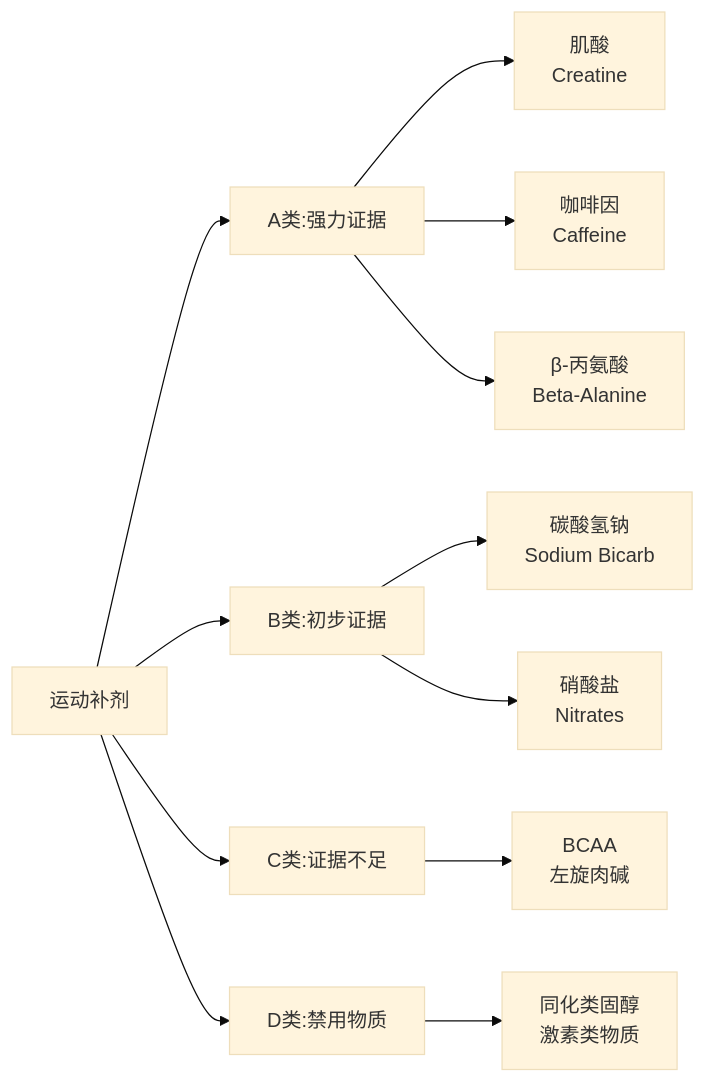
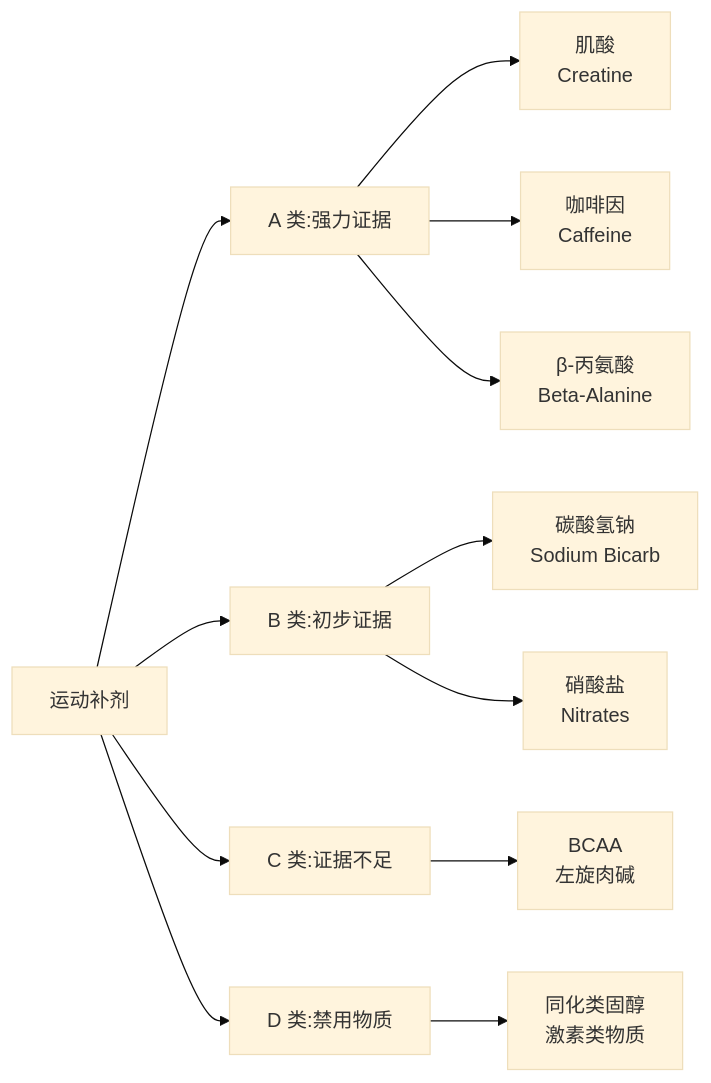
One commit to Tianshang301/TianshangKnowledgeBase changed the diagram in 12_SportsScience/SportsMedicine/SportsSupplements.md. Above: the diagram before and after it, drawn with Mermaid (base theme). The commit also changed other lines of this file and 2257 other files, not shown here.

````diff
--- a/12_SportsScience/SportsMedicine/SportsSupplements.md
+++ b/12_SportsScience/SportsMedicine/SportsSupplements.md
@@ -14,15 +16,15 @@
 ```mermaid
 graph LR
-    A[运动补剂] --> B[A类:强力证据]
-    A --> C[B类:初步证据]
-    A --> D[C类:证据不足]
-    A --> E[D类:禁用物质]
+    A[运动补剂] --> B[A 类:强力证据]
+    A --> C[B 类:初步证据]
+    A --> D[C 类:证据不足]
+    A --> E[D 类:禁用物质]
     
     B --> F[肌酸<br/>Creatine]
     B --> G[咖啡因<br/>Caffeine]
     B --> H[β-丙氨酸<br/>Beta-Alanine]
     C --> I[碳酸氢钠<br/>Sodium Bicarb]
     C --> J[硝酸盐<br/>Nitrates]
     D --> K[BCAA<br/>左旋肉碱]
     E --> L[同化类固醇<br/>激素类物质]
 ```
````
